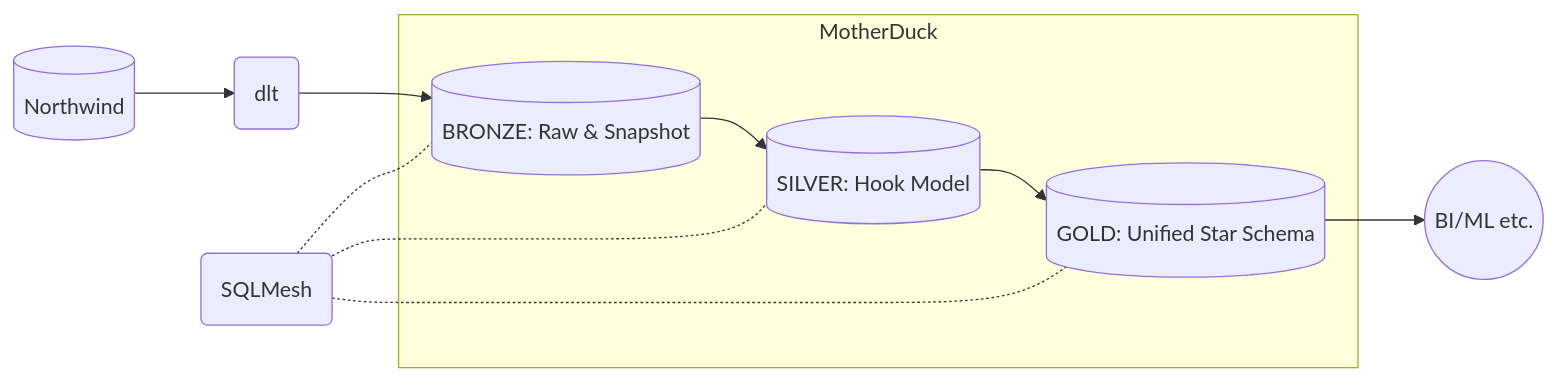
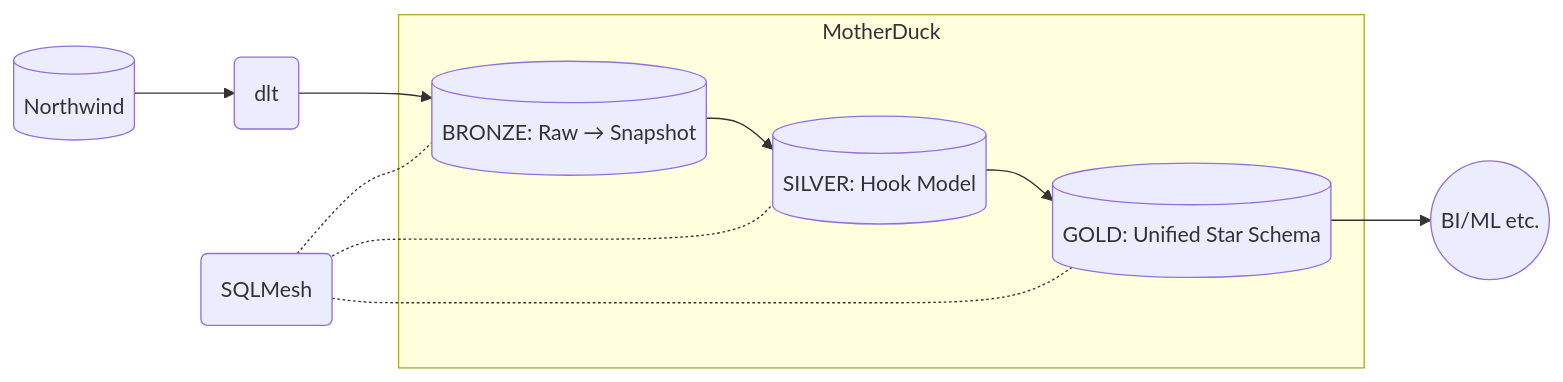
The first of 4 diagrams in README.md (mattiasthalen/obsidian-insights), drawn with Mermaid before and after one commit.

Commit message:
Update architecture graph

````diff
--- a/README.md
+++ b/README.md
@@ -27,31 +27,31 @@
 ```mermaid
 graph LR
     %% Source Systems
     source_1[(Northwind)]
     %%source_2[(Adventure Works)]
     
     %% Processing Layer - Using ([text]) for servers
     extract(dlt)
     transform(SQLMesh)
     
     %% Data Warehouse - MotherDuck
     subgraph warehouse[MotherDuck]
-        bronze[("BRONZE: Raw & Snapshot")]
+        bronze[("BRONZE: Raw → Snapshot")]
         silver[("SILVER: Hook Model")]
         gold[("GOLD: Unified Star Schema")]
     end
     
     %% BI
     bi((BI/ML etc.))
     
     %% Connections
     source_1 --> extract
     %%source_2 --> extract
     extract --> bronze
     bronze --> silver
     silver --> gold
     gold --> bi
     transform -.- bronze
     transform -.- silver
     transform -.- gold
 ```
````
